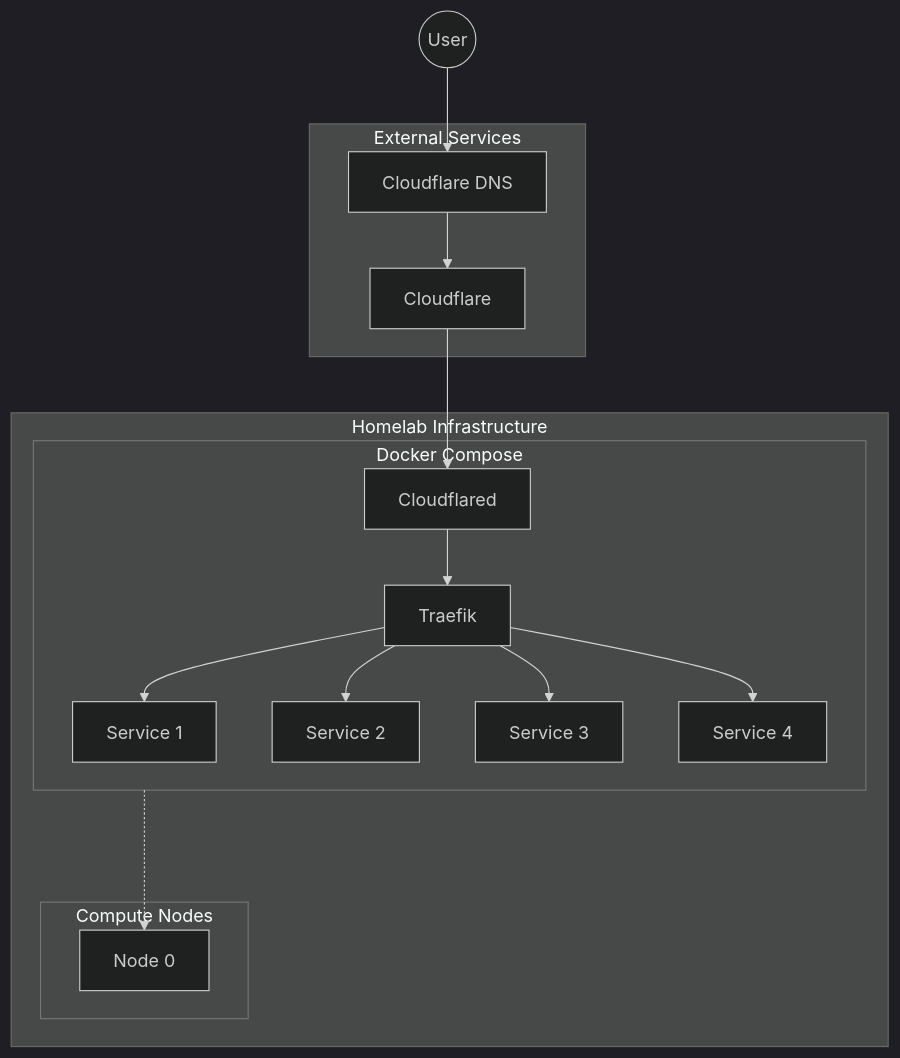
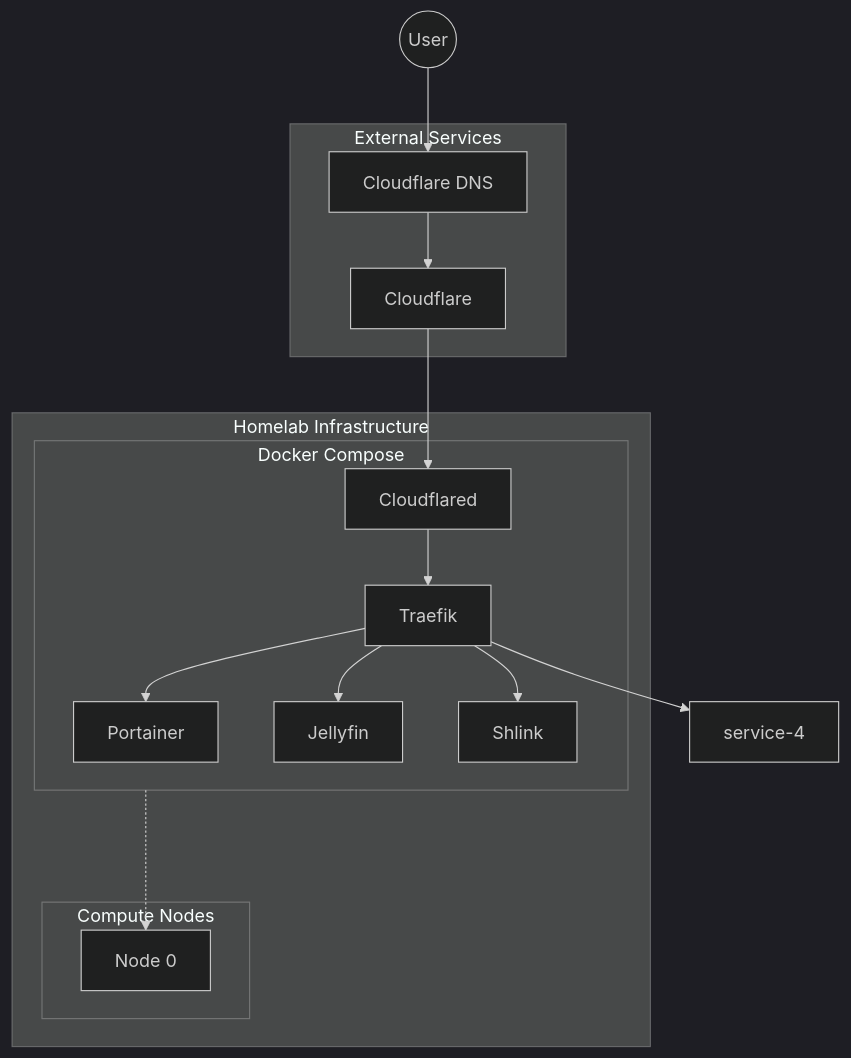
The first of 2 diagrams in content/blog/homelab-in-review.md (dbut2/dbut2.github.io), drawn with Mermaid (dark theme) before and after one commit. The commit also changed other lines of this file, not shown here.

````diff
--- a/content/blog/homelab-in-review.md
+++ b/content/blog/homelab-in-review.md
@@ -10,33 +10,32 @@
 ```mermaid
 flowchart TD
     user((User))
     
     subgraph external-services [External Services]
         cloudflare[Cloudflare]
         cloudflare-dns[Cloudflare DNS]
     end
     
     subgraph homelab [Homelab Infrastructure]
         subgraph compute-nodes [Compute Nodes]
             node0[Node 0]
         end
 
         subgraph compose [Docker Compose]
-            service-1[Service 1]
-            service-2[Service 2]
-            service-3[Service 3]
-            service-4[Service 4]
+            service-1[Portainer]
+            service-2[Jellyfin]
+            service-3[Shlink]
 
             cloudflared[Cloudflared]
             traefik[Traefik]
         end
     end
     
     user --> cloudflare-dns
     cloudflare-dns --> cloudflare
     cloudflare --> cloudflared
     cloudflared --> traefik
     traefik --> service-1 & service-2 & service-3 & service-4
 
     compose -..-> node0
 ```
````
